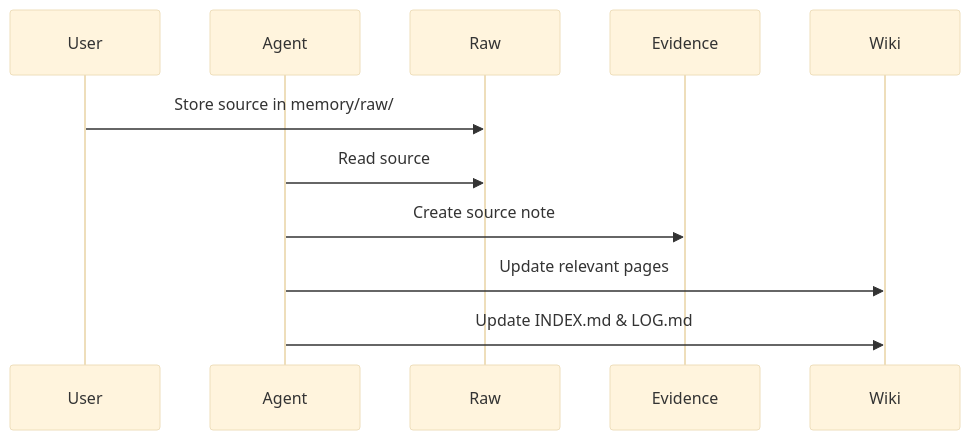
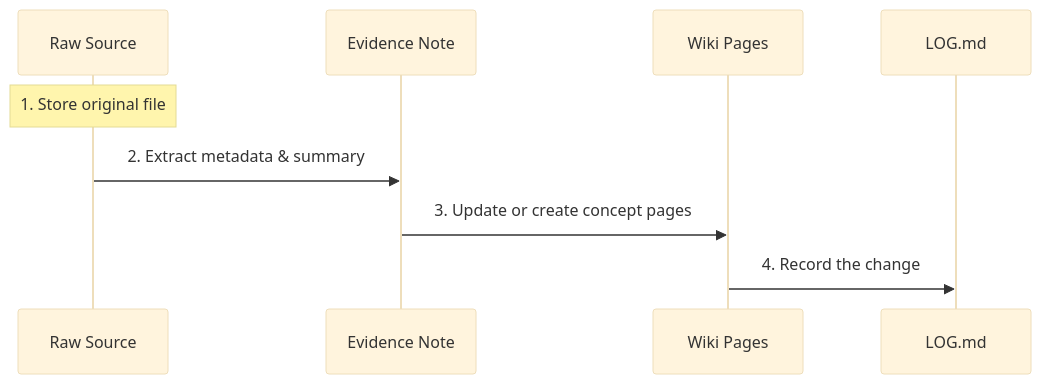
One commit to latentarts/memoid changed the third of 4 diagrams in README.md. Above: the diagram before and after it, drawn with Mermaid (base theme). The commit also changed other lines of this file and 5 other files, not shown here.

````diff
--- a/README.md
+++ b/README.md
@@ -221,14 +164,12 @@
 ```mermaid
 sequenceDiagram
-    participant User
-    participant Agent
-    participant Raw
-    participant Evidence
-    participant Wiki
+    participant R as Raw Source
+    participant E as Evidence Note
+    participant W as Wiki Pages
+    participant L as LOG.md
     
-    User->>Raw: Store source in memory/raw/
-    Agent->>Raw: Read source
-    Agent->>Evidence: Create source note
-    Agent->>Wiki: Update relevant pages
-    Agent->>Wiki: Update INDEX.md & LOG.md
+    Note over R: 1. Store original file
+    R->>E: 2. Extract metadata & summary
+    E->>W: 3. Update or create concept pages
+    W->>L: 4. Record the change
 ```
````
